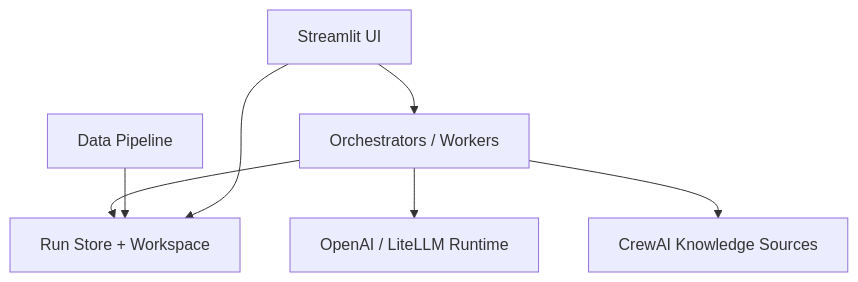
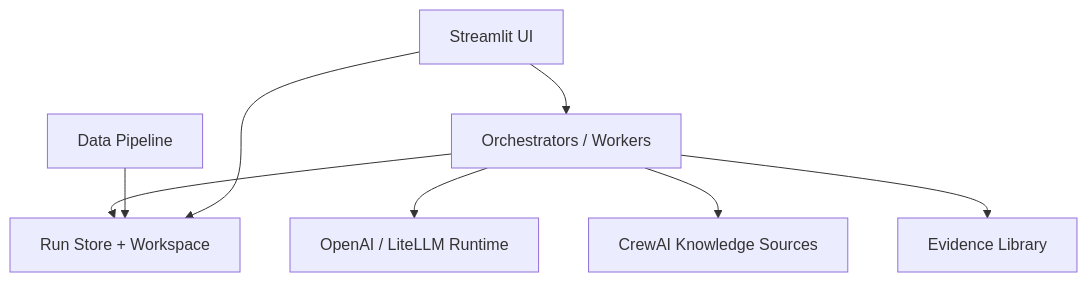
One commit to albauer-priv/RPS changed the second of 4 diagrams in doc/architecture/system_architecture.md. Above: the diagram before and after it, drawn with Mermaid. The commit also changed other lines of this file and 97 other files, not shown here.

Commit message:
Add evidence curation pipeline and refresh library

````diff
--- a/doc/architecture/system_architecture.md
+++ b/doc/architecture/system_architecture.md
@@ -115,9 +120,10 @@
 ```mermaid
 flowchart TB
   UI["Streamlit UI"] --> ORCH["Orchestrators / Workers"]
   ORCH --> STORE["Run Store + Workspace"]
   ORCH --> OPENAI["OpenAI / LiteLLM Runtime"]
   ORCH --> KNOW["CrewAI Knowledge Sources"]
+  ORCH --> EVID["Evidence Library"]
   PIPE["Data Pipeline"] --> STORE
   UI --> STORE
 ```
````
